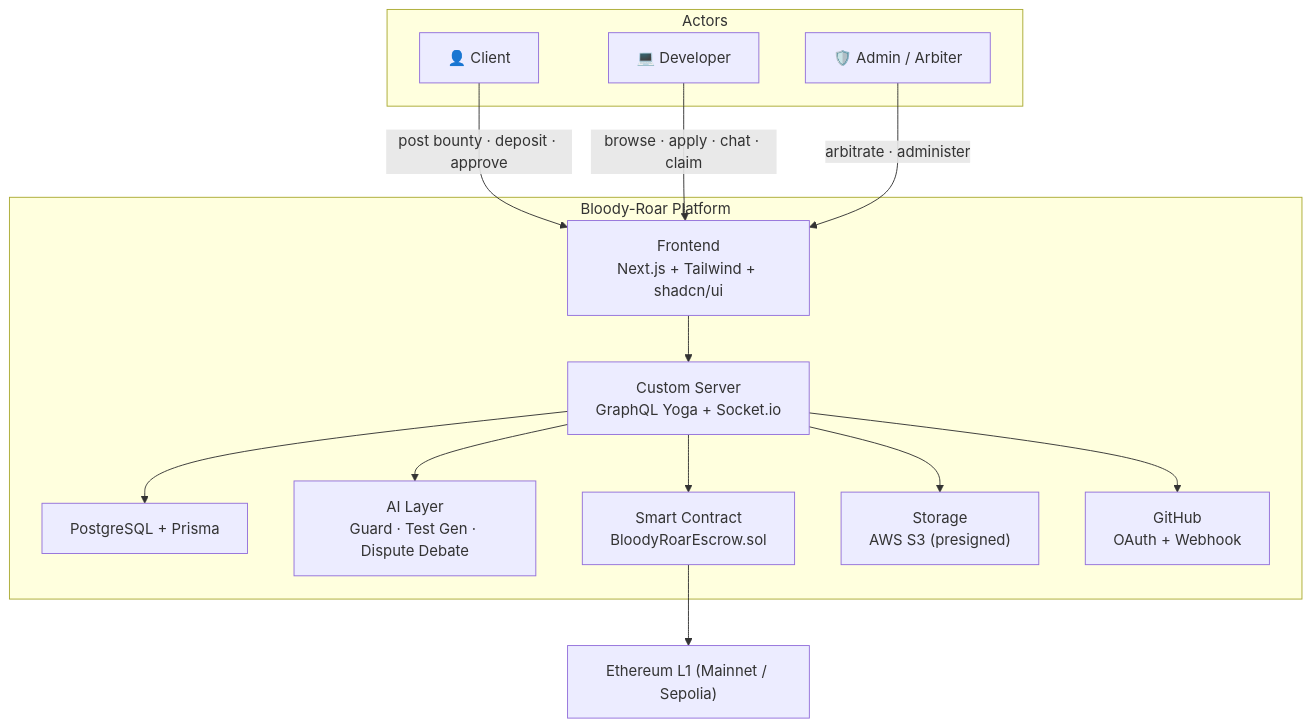
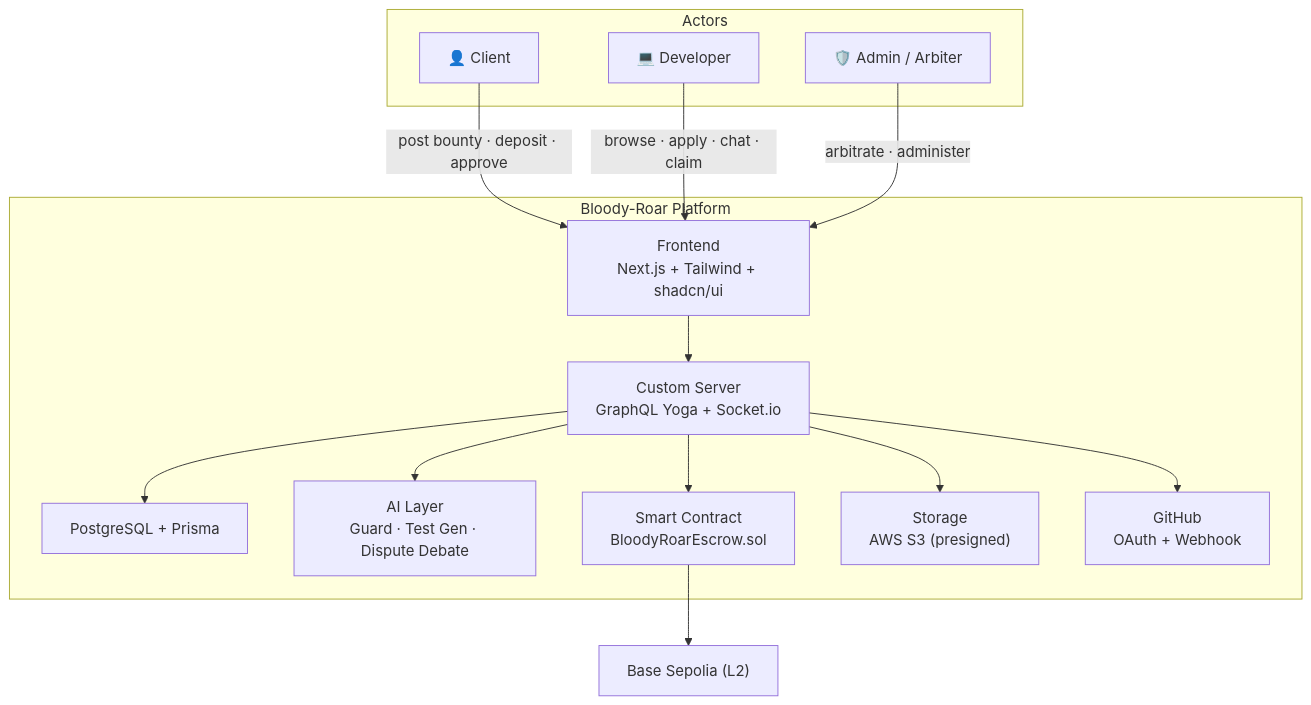
One commit to trongkhoidev/capstone1-bloody-roar changed the second of 3 diagrams in README.md. Above: the diagram before and after it, drawn with Mermaid. The commit also changed other lines of this file and 23 other files, not shown here.

Commit message:
chore: complete phase 0 environment setup and Base Sepolia L2 migration

````diff
--- a/README.md
+++ b/README.md
@@ -112,31 +112,31 @@
 ```mermaid
 flowchart TD
     subgraph Users["Actors"]
         CL["👤 Client"]
         DV["💻 Developer"]
         AD["🛡️ Admin / Arbiter"]
     end
 
     subgraph Platform["Bloody-Roar Platform"]
         FE["Frontend<br/>Next.js + Tailwind + shadcn/ui"]
         BE["Custom Server<br/>GraphQL Yoga + Socket.io"]
         DB["PostgreSQL + Prisma"]
         AI["AI Layer<br/>Guard · Test Gen · Dispute Debate"]
         SC["Smart Contract<br/>BloodyRoarEscrow.sol"]
         ST["Storage<br/>AWS S3 (presigned)"]
         GH["GitHub<br/>OAuth + Webhook"]
     end
 
-    BC["Ethereum L1 (Mainnet / Sepolia)"]
+    BC["Base Sepolia (L2)"]
 
     CL -->|post bounty · deposit · approve| FE
     DV -->|browse · apply · chat · claim| FE
     AD -->|arbitrate · administer| FE
     FE --> BE
     BE --> DB
     BE --> AI
     BE --> SC
     BE --> ST
     BE --> GH
     SC --> BC
 ```
````
